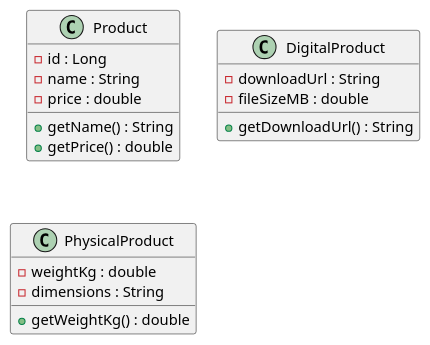
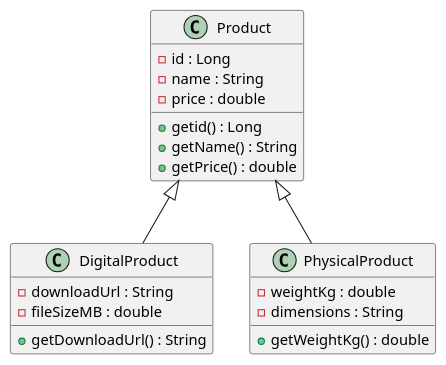
One commit to Rjshome/products-api changed the diagram in docs/uml/product-hierarchy.puml. Above: the diagram before and after it, drawn with PlantUML.

Commit message:
Tutorial 4: inheritance hierarchy — DigitalProduct and PhysicalProduct; updated UML

```diff
--- a/docs/uml/product-hierarchy.puml
+++ b/docs/uml/product-hierarchy.puml
@@ -1,22 +1,26 @@
 @startuml
 class Product {
 - id : Long
 - name : String
 - price : double
++ getid() : Long
 + getName() : String
 + getPrice() : double
 }
 
 class DigitalProduct {
 - downloadUrl : String
 - fileSizeMB : double
 + getDownloadUrl() : String
 }
 
 class PhysicalProduct {
 - weightKg : double
 - dimensions : String
 + getWeightKg() : double
 }
 
+Product <|-- DigitalProduct
+Product <|-- PhysicalProduct
+
 @enduml
```
